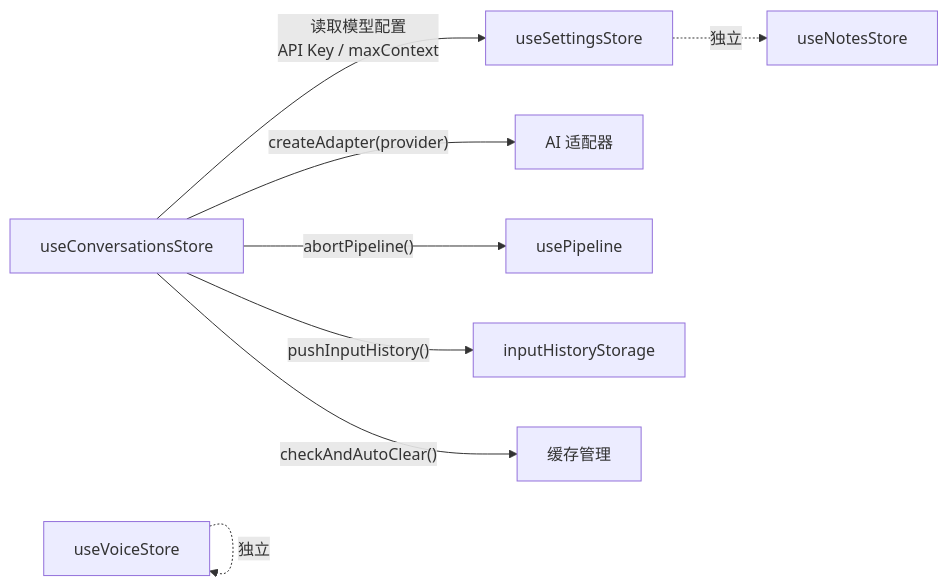
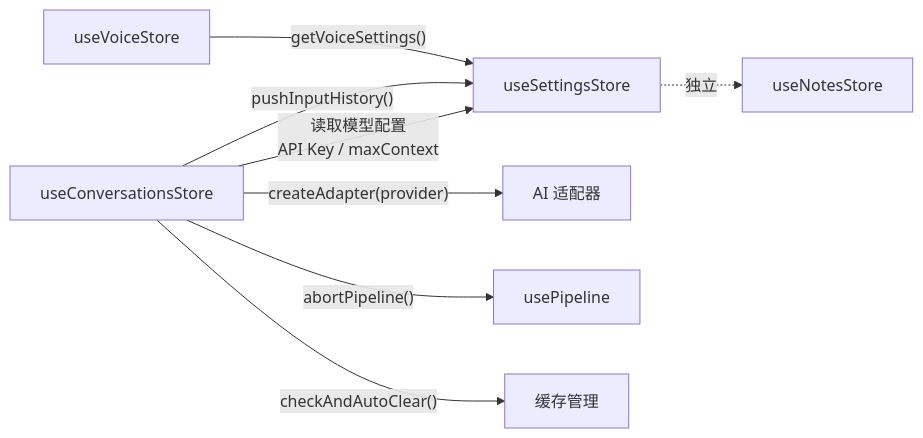
The second of 10 diagrams in docs/architecture/state-management.md (zw123zw/ai-browser), drawn with Mermaid before and after one commit. The commit also changed other lines of this file and 13 other files, not shown here.

````diff
--- a/docs/architecture/state-management.md
+++ b/docs/architecture/state-management.md
@@ -108,10 +109,10 @@
 ```mermaid
 graph LR
     CS["useConversationsStore"] -->|"读取模型配置<br/>API Key / maxContext"| SS["useSettingsStore"]
     CS -->|"createAdapter(provider)"| AD["AI 适配器"]
     CS -->|"abortPipeline()"| PL["usePipeline"]
-    CS -->|"pushInputHistory()"| IH["inputHistoryStorage"]
+    CS -->|"pushInputHistory()"| SS
     CS -->|"checkAndAutoClear()"| Cache["缓存管理"]
+    VS["useVoiceStore"] -->|"getVoiceSettings()"| SS
     SS -.->|"独立"| NS["useNotesStore"]
-    VS["useVoiceStore"] -.->|"独立"| VS
 ```
````
